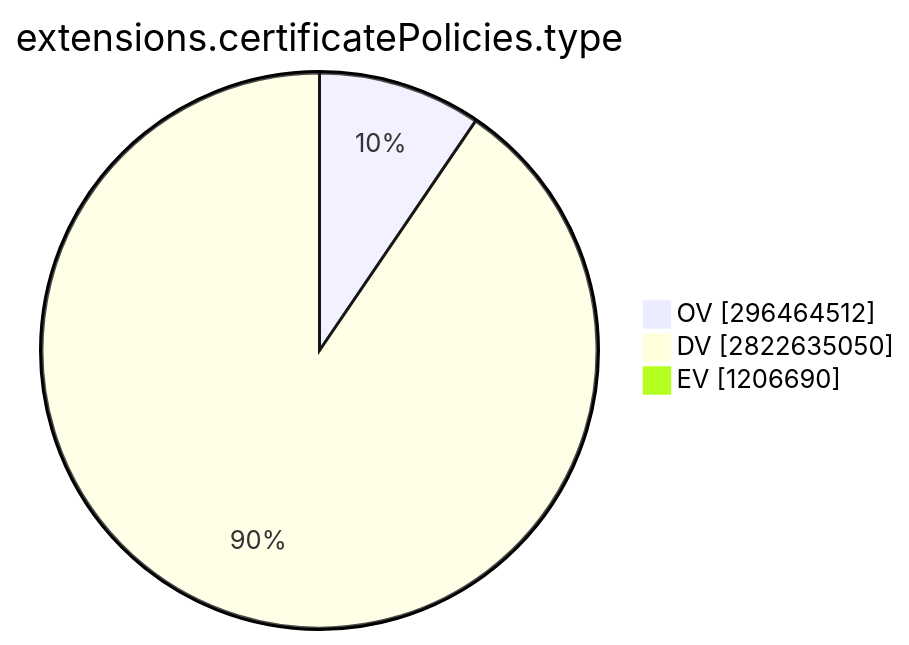
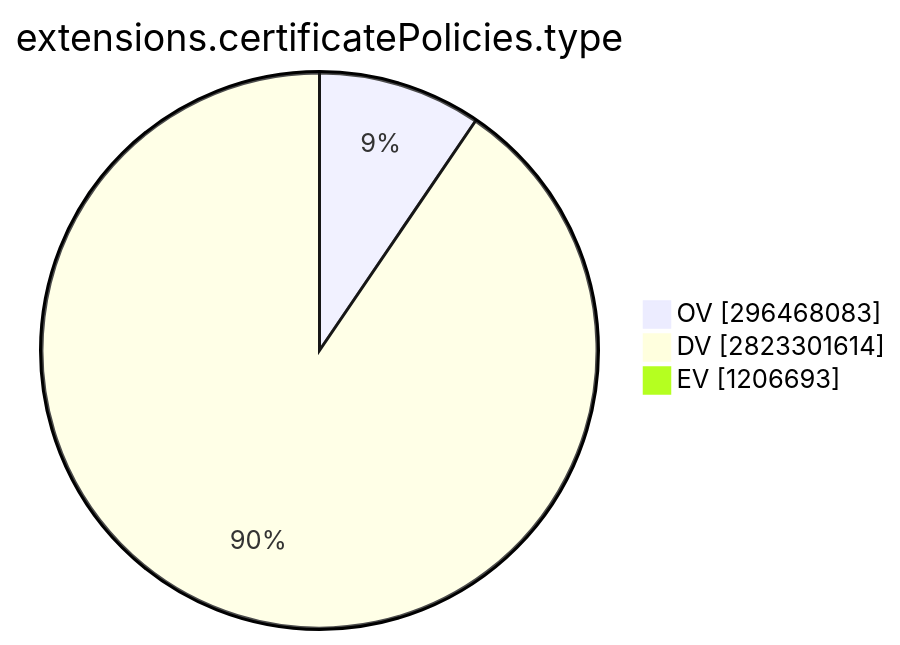
One commit to christiankrug/ctmonitor_visualization changed the ninth of 15 diagrams in TOTAL/README.md. Above: the diagram before and after it, drawn with Mermaid. The commit also changed other lines of this file, not shown here.

````diff
--- a/TOTAL/README.md
+++ b/TOTAL/README.md
@@ -3099,7 +3099,7 @@
 ```mermaid
 pie showData
 title extensions.certificatePolicies.type
-"OV" :296464512
-"DV" :2822635050
-"EV" :1206690
+"OV" :296468083
+"DV" :2823301614
+"EV" :1206693
 ```
````
